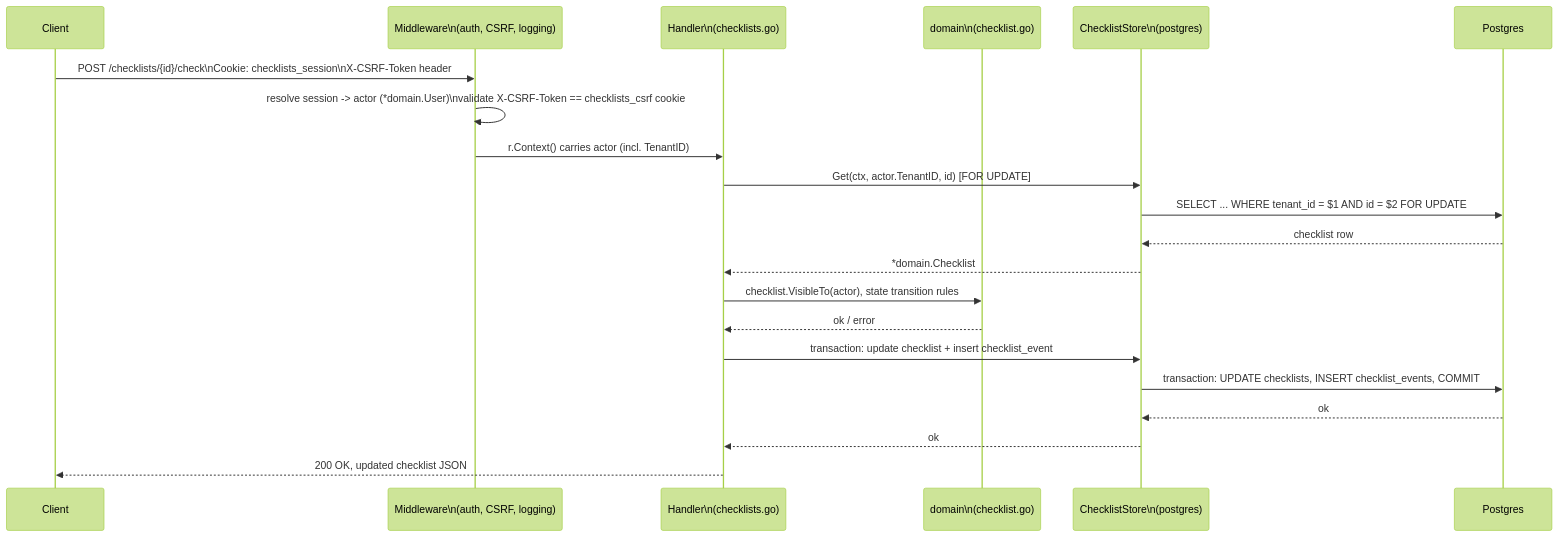
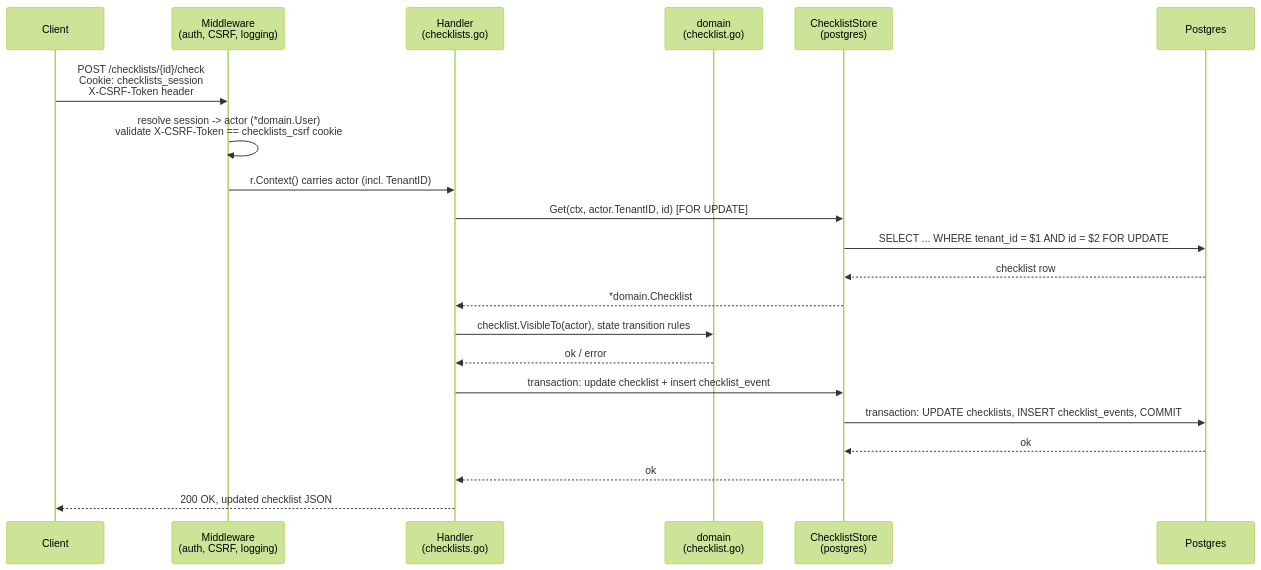
Before and after one commit to mkandel/go-checklists: the second of 3 diagrams in docs/architecture.md, drawn with Mermaid (forest theme).

Commit message:
Fix literal \n escapes in architecture.md sequence diagram
Mermaid labels need <br/> for line breaks, not \n.

````diff
--- a/docs/architecture.md
+++ b/docs/architecture.md
@@ -95,24 +95,24 @@
 ```mermaid
 sequenceDiagram
     participant C as Client
-    participant MW as Middleware\n(auth, CSRF, logging)
-    participant H as Handler\n(checklists.go)
-    participant Dom as domain\n(checklist.go)
-    participant Repo as ChecklistStore\n(postgres)
+    participant MW as Middleware<br/>(auth, CSRF, logging)
+    participant H as Handler<br/>(checklists.go)
+    participant Dom as domain<br/>(checklist.go)
+    participant Repo as ChecklistStore<br/>(postgres)
     participant DB as Postgres
 
-    C->>MW: POST /checklists/{id}/check\nCookie: checklists_session\nX-CSRF-Token header
-    MW->>MW: resolve session -> actor (*domain.User)\nvalidate X-CSRF-Token == checklists_csrf cookie
+    C->>MW: POST /checklists/{id}/check<br/>Cookie: checklists_session<br/>X-CSRF-Token header
+    MW->>MW: resolve session -> actor (*domain.User)<br/>validate X-CSRF-Token == checklists_csrf cookie
     MW->>H: r.Context() carries actor (incl. TenantID)
     H->>Repo: Get(ctx, actor.TenantID, id)  [FOR UPDATE]
     Repo->>DB: SELECT ... WHERE tenant_id = $1 AND id = $2 FOR UPDATE
     DB-->>Repo: checklist row
     Repo-->>H: *domain.Checklist
     H->>Dom: checklist.VisibleTo(actor), state transition rules
     Dom-->>H: ok / error
     H->>Repo: transaction: update checklist + insert checklist_event
     Repo->>DB: transaction: UPDATE checklists, INSERT checklist_events, COMMIT
     DB-->>Repo: ok
     Repo-->>H: ok
     H-->>C: 200 OK, updated checklist JSON
 ```
````
